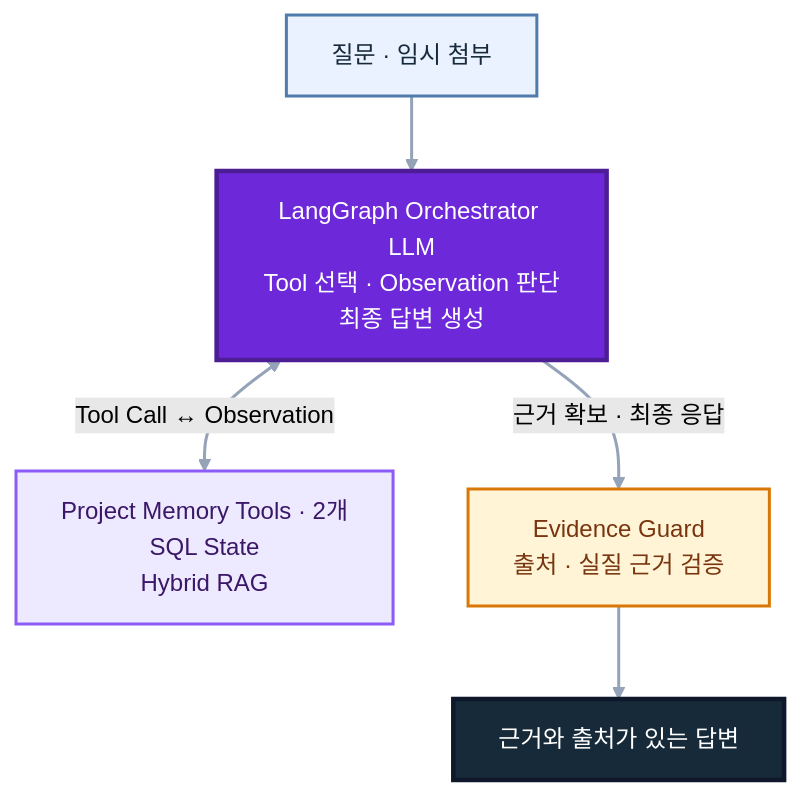
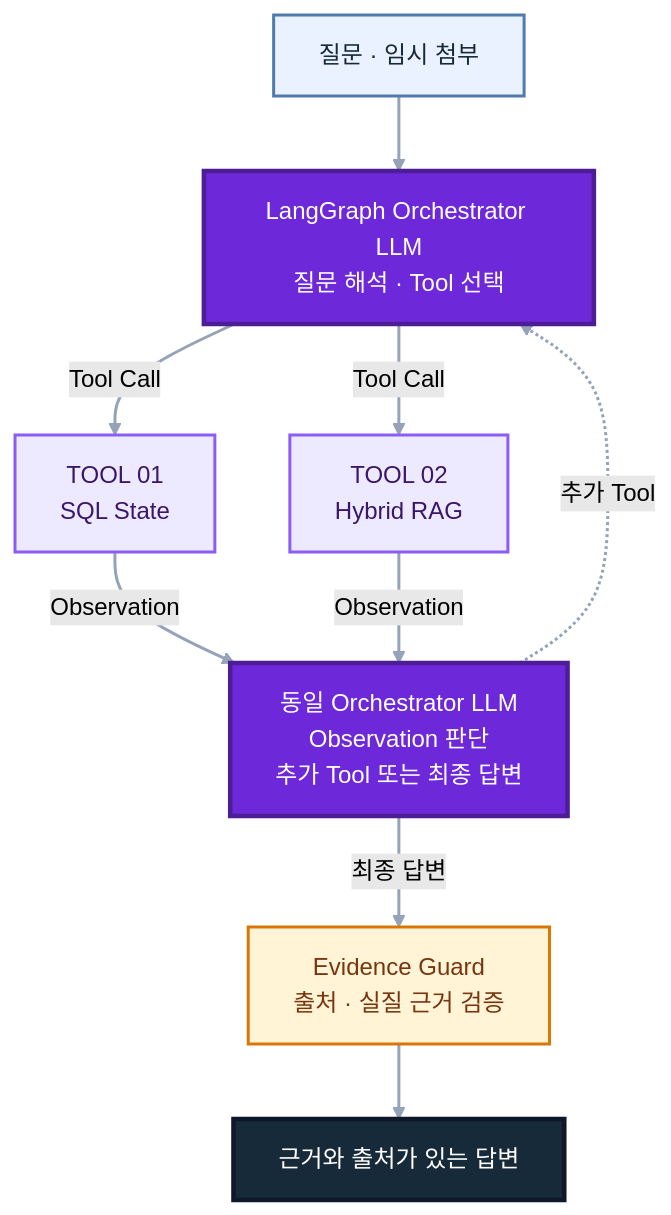
One commit to SKNETWORKS-FAMILY-AICAMP/SKN30-4th-1Team changed the third of 5 diagrams in README.md. Above: the diagram before and after it, drawn with Mermaid (forest theme). The commit also changed other lines of this file, not shown here.

Commit message:
docs: separate agentic Q&A tool paths

````diff
--- a/README.md
+++ b/README.md
@@ -160,26 +160,32 @@
 ```mermaid
 flowchart TB
     REQUEST["질문 · 임시 첨부"]
-    ORCHESTRATOR["LangGraph Orchestrator LLM<br/>Tool 선택 · Observation 판단<br/>최종 답변 생성"]
-    TOOLS["Project Memory Tools · 2개<br/>SQL State<br/>Hybrid RAG"]
+    ORCHESTRATOR["LangGraph Orchestrator LLM<br/>질문 해석 · Tool 선택"]
+    SQL_TOOL["TOOL 01<br/>SQL State"]
+    RAG_TOOL["TOOL 02<br/>Hybrid RAG"]
+    DECIDE["동일 Orchestrator LLM<br/>Observation 판단<br/>추가 Tool 또는 최종 답변"]
     EVIDENCE_GUARD["Evidence Guard<br/>출처 · 실질 근거 검증"]
     ANSWER["근거와 출처가 있는 답변"]
 
     REQUEST --> ORCHESTRATOR
-    ORCHESTRATOR <-->|"Tool Call ↔ Observation"| TOOLS
-    ORCHESTRATOR -->|"근거 확보 · 최종 응답"| EVIDENCE_GUARD
+    ORCHESTRATOR -->|"Tool Call"| SQL_TOOL
+    ORCHESTRATOR -->|"Tool Call"| RAG_TOOL
+    SQL_TOOL -->|"Observation"| DECIDE
+    RAG_TOOL -->|"Observation"| DECIDE
+    DECIDE -. "추가 Tool" .-> ORCHESTRATOR
+    DECIDE -->|"최종 답변"| EVIDENCE_GUARD
     EVIDENCE_GUARD --> ANSWER
 
     classDef source fill:#EAF2FF,stroke:#4F7CAC,color:#172A3A,stroke-width:2px
     classDef agent fill:#6D28D9,stroke:#4C1D95,color:#FFFFFF,stroke-width:3px
     classDef tool fill:#EDE9FE,stroke:#8B5CF6,color:#3B1768,stroke-width:2px
     classDef guard fill:#FFF4D6,stroke:#D97706,color:#78350F,stroke-width:2px
     classDef result fill:#172A3A,stroke:#0F172A,color:#FFFFFF,stroke-width:3px
 
     class REQUEST source
-    class ORCHESTRATOR agent
-    class TOOLS tool
+    class ORCHESTRATOR,DECIDE agent
+    class SQL_TOOL,RAG_TOOL tool
     class EVIDENCE_GUARD guard
     class ANSWER result
     linkStyle default stroke:#94A3B8,stroke-width:2px
 ```
````
